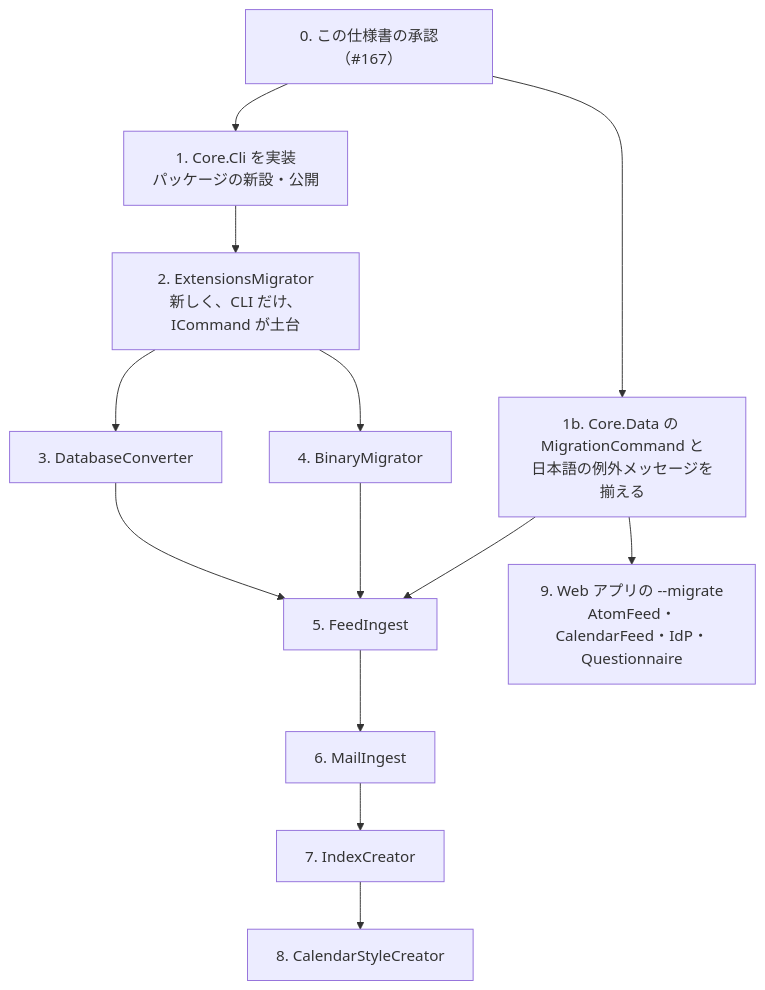
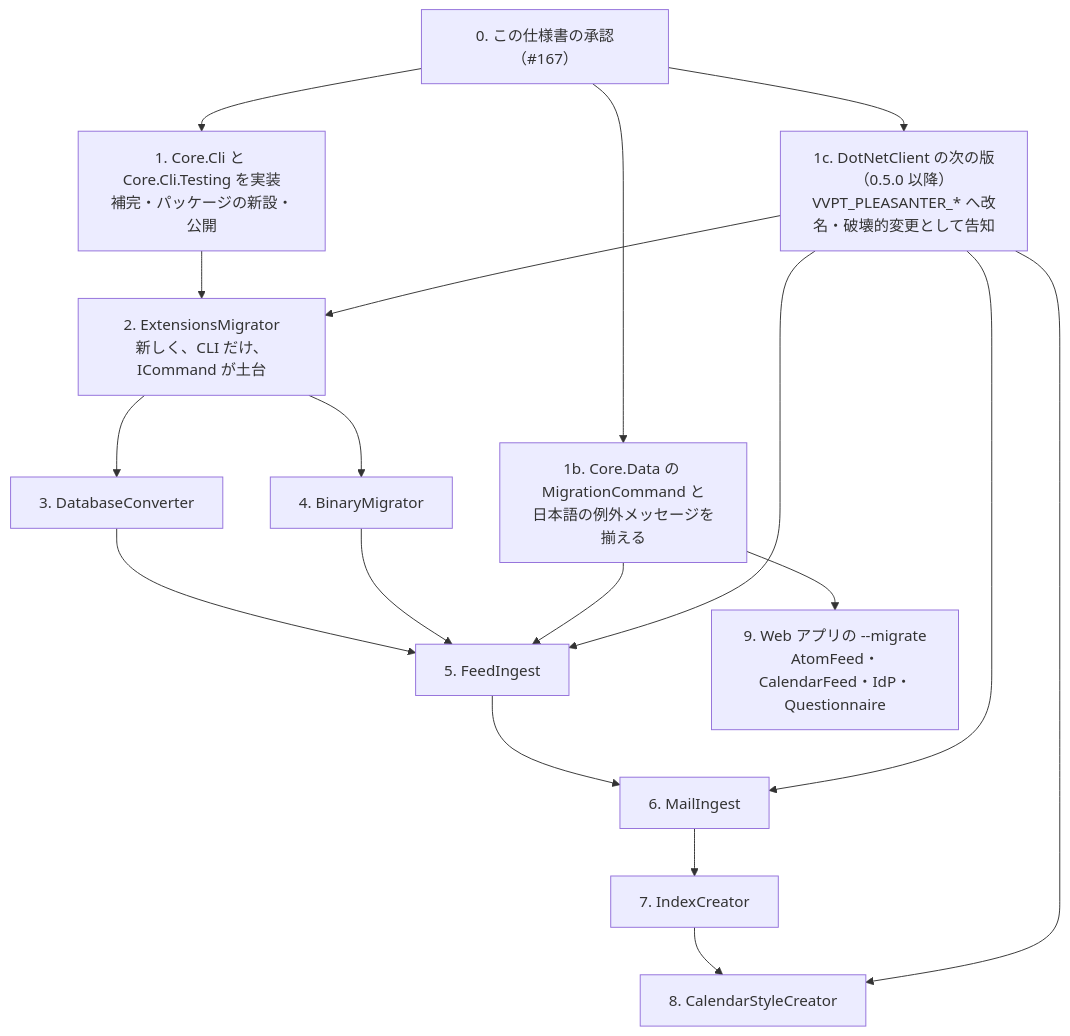
The third of 3 diagrams in _documents/CLIの共通仕様書.md (vehiclevisionjp/VehicleVision.PleasanterTools.Core), drawn with Mermaid before and after one commit. The commit also changed other lines of this file, not shown here.

First line of the commit message:
WIP: CLI の共通仕様書へ U1〜U18 の回答と共通接頭辞の変更を反映する

````diff
--- a/_documents/CLIの共通仕様書.md
+++ b/_documents/CLIの共通仕様書.md
@@ -683,15 +751,20 @@
 ```mermaid
 flowchart TD
-    S0["0. この仕様書の承認（#167）"] --> S1["1. Core.Cli を実装<br/>パッケージの新設・公開"]
+    S0["0. この仕様書の承認（#167）"] --> S1["1. Core.Cli と Core.Cli.Testing を実装<br/>補完・パッケージの新設・公開"]
     S0 --> S1b["1b. Core.Data の MigrationCommand と<br/>日本語の例外メッセージを揃える"]
+    S0 --> D["1c. DotNetClient の次の版（0.5.0 以降）<br/>VVPT_PLEASANTER_* へ改名・破壊的変更として告知"]
     S1 --> S2["2. ExtensionsMigrator<br/>新しく、CLI だけ、ICommand が土台"]
+    D --> S2
     S2 --> S3["3. DatabaseConverter"]
     S2 --> S4["4. BinaryMigrator"]
     S3 --> S5["5. FeedIngest"]
     S4 --> S5
     S1b --> S5
+    D --> S5
     S5 --> S6["6. MailIngest"]
+    D --> S6
     S6 --> S7["7. IndexCreator"]
     S7 --> S8["8. CalendarStyleCreator"]
+    D --> S8
     S1b --> S9["9. Web アプリの --migrate<br/>AtomFeed・CalendarFeed・IdP・Questionnaire"]
 ```
````
